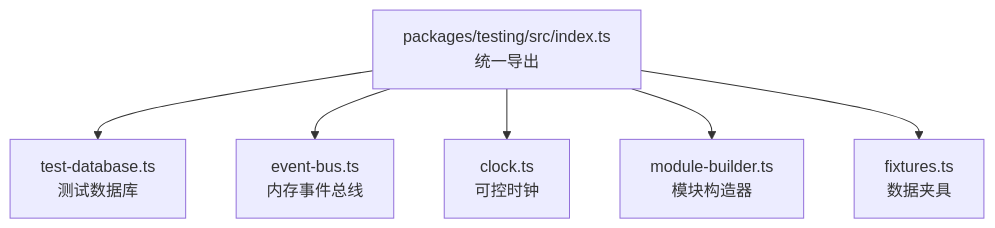
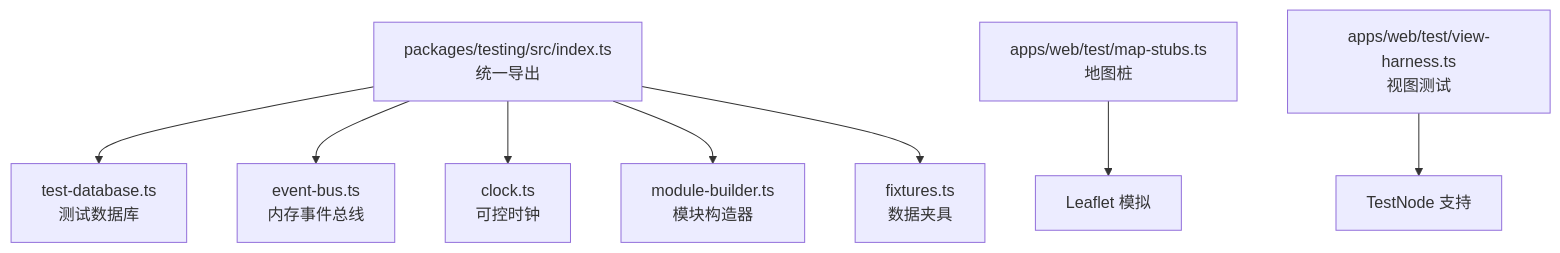
Before and after one commit to q446328246/agri-platform: the first of 10 diagrams in .qoder/repowiki/zh/content/测试策略/测试工具.md, drawn with Mermaid. The commit also changed other lines of this file and 47 other files, not shown here.

````diff
--- a/.qoder/repowiki/zh/content/测试策略/测试工具.md
+++ b/.qoder/repowiki/zh/content/测试策略/测试工具.md
@@ -39,8 +49,10 @@
 ```mermaid
 graph TB
 A["packages/testing/src/index.ts<br/>统一导出"] --> B["test-database.ts<br/>测试数据库"]
 A --> C["event-bus.ts<br/>内存事件总线"]
 A --> D["clock.ts<br/>可控时钟"]
 A --> E["module-builder.ts<br/>模块构造器"]
 A --> F["fixtures.ts<br/>数据夹具"]
+G["apps/web/test/map-stubs.ts<br/>地图桩"] --> H["Leaflet 模拟"]
+I["apps/web/test/view-harness.ts<br/>视图测试"] --> J["TestNode 支持"]
 ```
````
